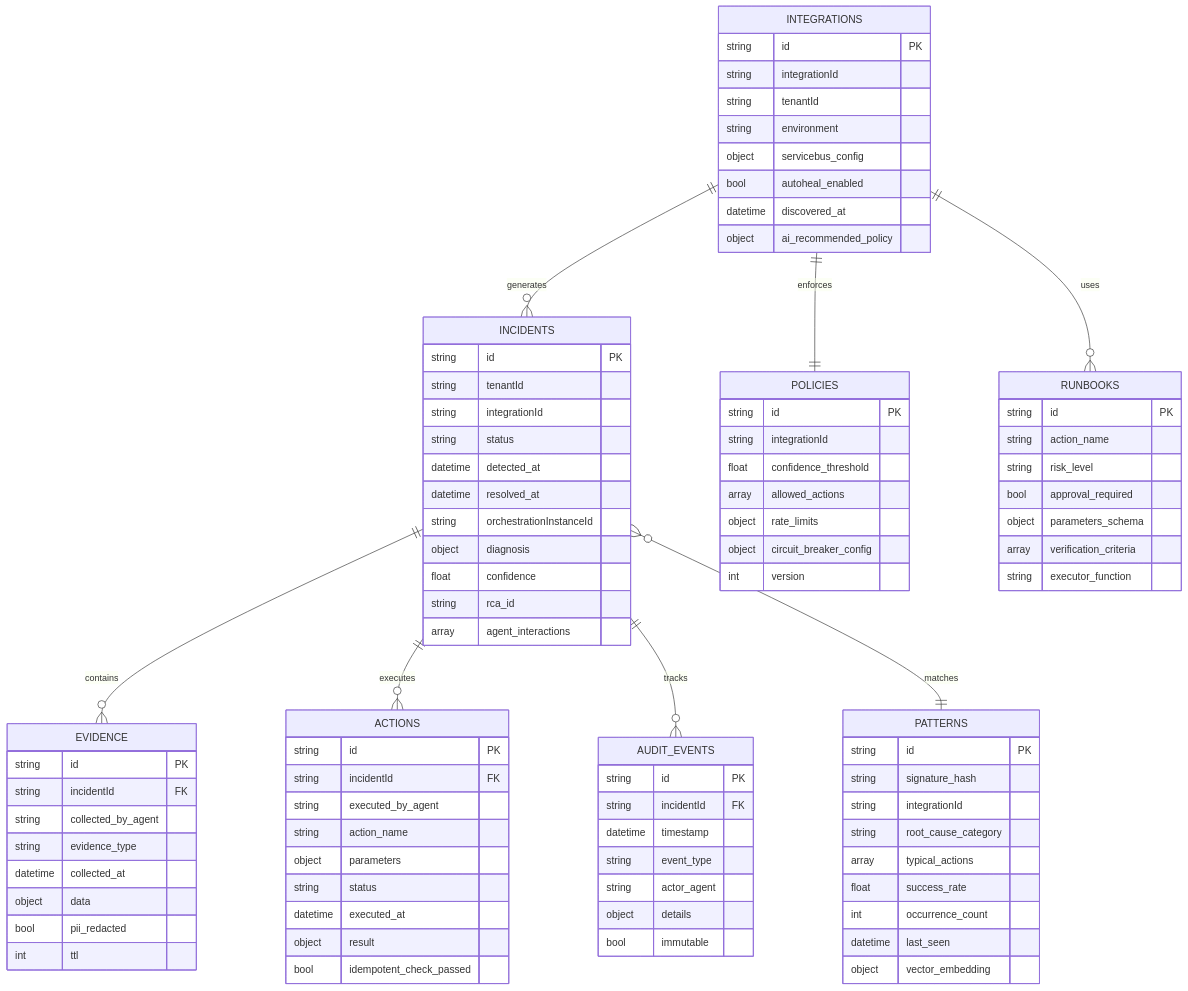
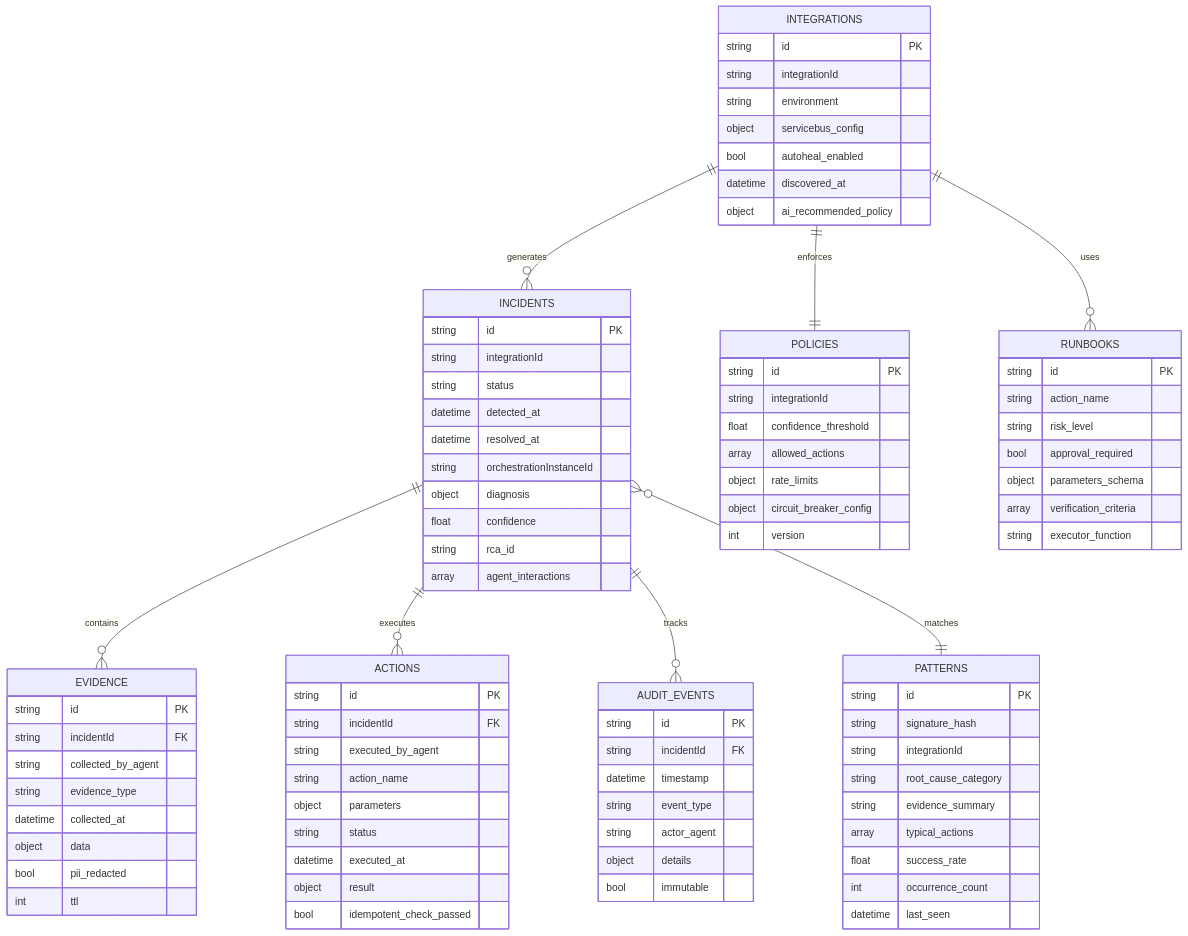
The seventh of 10 diagrams in docs/01-Technical-Architecture.md (mayankgupta7673/Continuum-Ops), drawn with Mermaid before and after one commit. The commit also changed other lines of this file and 6 other files, not shown here.

Commit message:
Fixed architecture issues and add justifications

```diff
--- a/docs/01-Technical-Architecture.md
+++ b/docs/01-Technical-Architecture.md
@@ -269,7 +463,6 @@
     
     INCIDENTS {
         string id PK
-        string tenantId
         string integrationId
         string status
         datetime detected_at
@@ -309,17 +502,16 @@
         string signature_hash
         string integrationId
         string root_cause_category
+        string evidence_summary
         array typical_actions
         float success_rate
         int occurrence_count
         datetime last_seen
-        object vector_embedding
     }
     
     INTEGRATIONS {
         string id PK
         string integrationId
-        string tenantId
         string environment
         object servicebus_config
         bool autoheal_enabled
```
